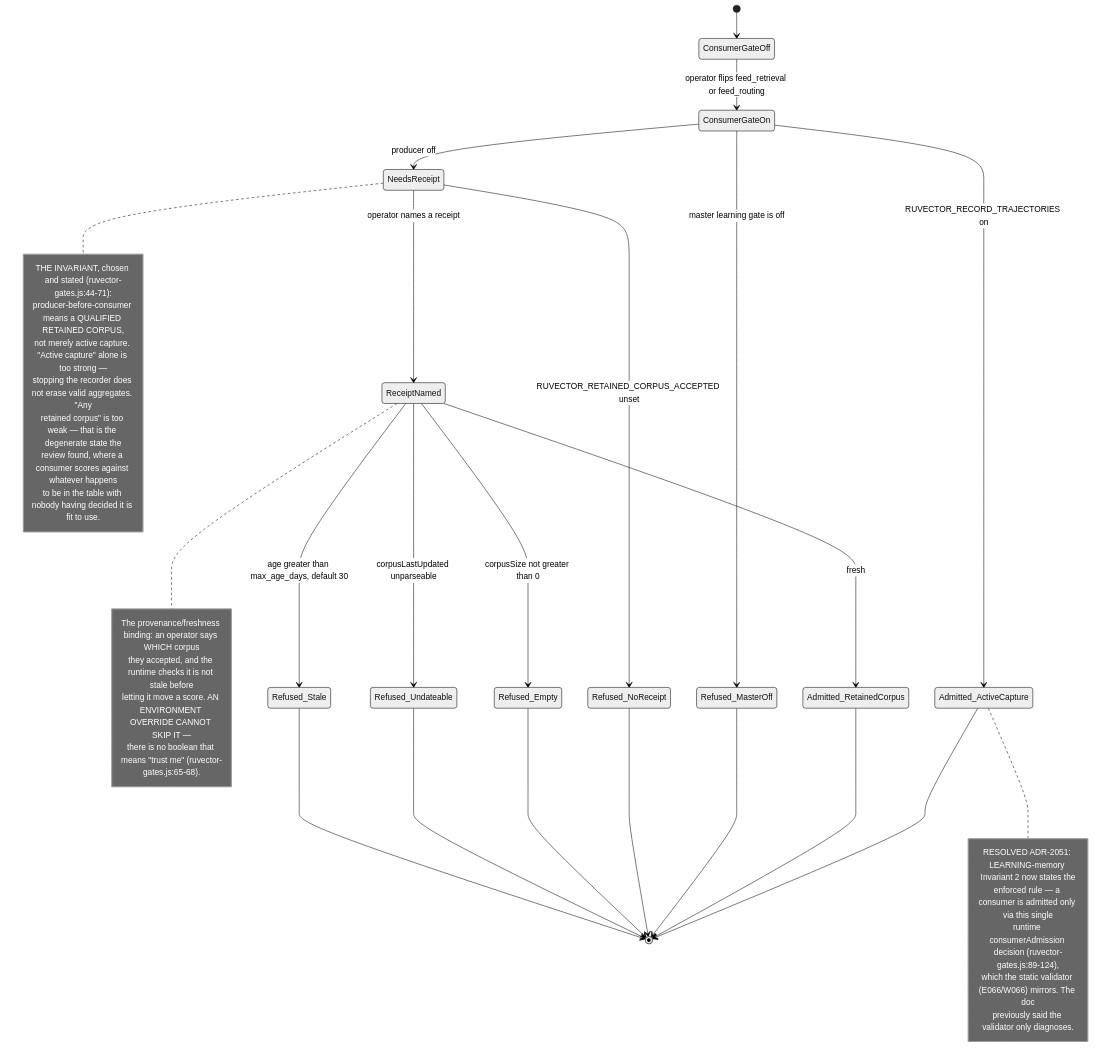
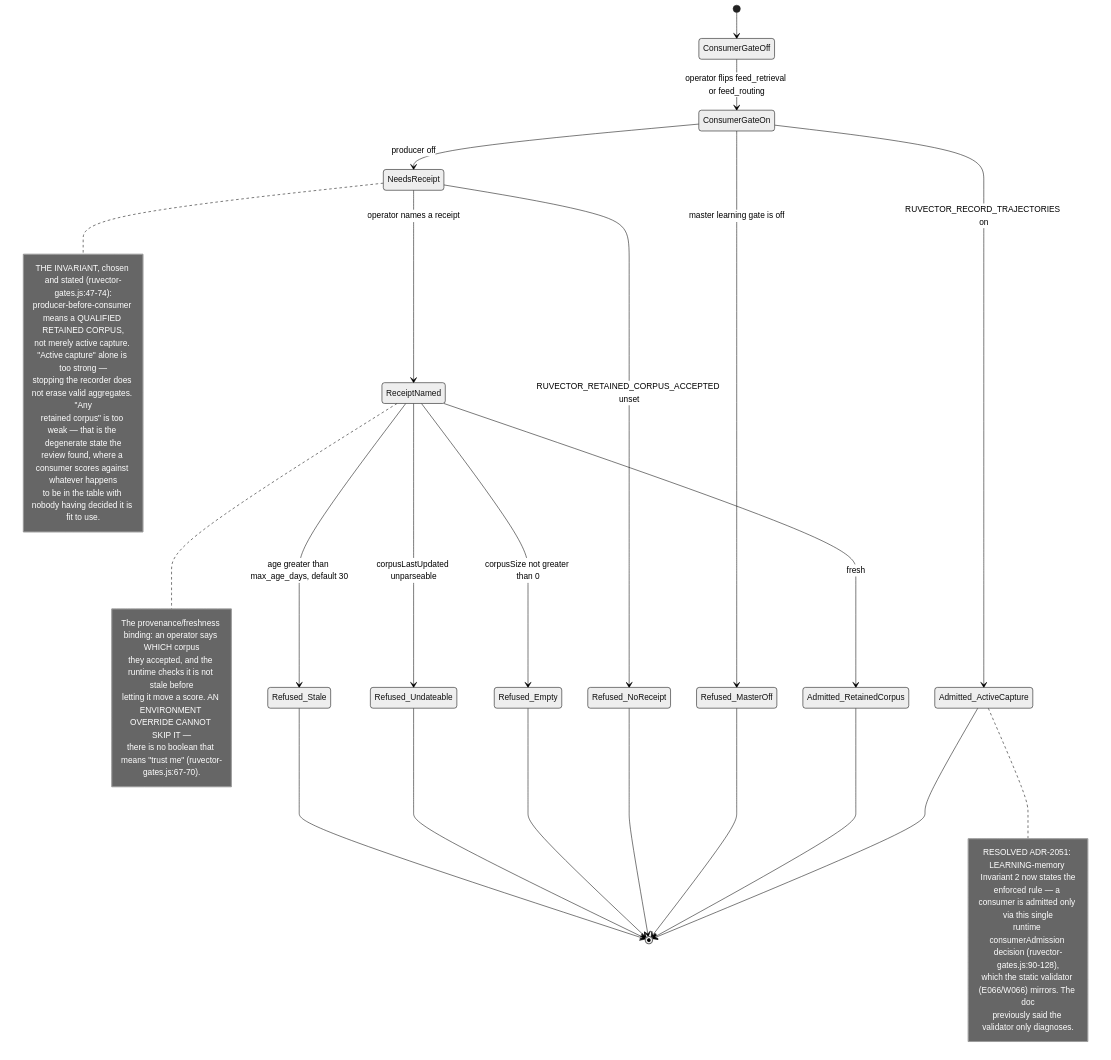
Before and after one commit to DreamLab-AI/VisionFlow: the seventh of 10 diagrams in docs/diagrams/agentbox/21-learning-loop.md, drawn with Mermaid (neutral theme). The commit also changed other lines of this file and 28 other files, not shown here.

````diff
--- a/docs/diagrams/agentbox/21-learning-loop.md
+++ b/docs/diagrams/agentbox/21-learning-loop.md
@@ -297,43 +297,43 @@
 ```mermaid
 stateDiagram-v2
     [*] --> ConsumerGateOff
     ConsumerGateOff --> ConsumerGateOn : operator flips feed_retrieval or feed_routing
     ConsumerGateOn --> Refused_MasterOff : master learning gate is off
     ConsumerGateOn --> Admitted_ActiveCapture : RUVECTOR_RECORD_TRAJECTORIES on
     ConsumerGateOn --> NeedsReceipt : producer off
     NeedsReceipt --> Refused_NoReceipt : RUVECTOR_RETAINED_CORPUS_ACCEPTED unset
     NeedsReceipt --> ReceiptNamed : operator names a receipt
     ReceiptNamed --> Refused_Empty : corpusSize not greater than 0
     ReceiptNamed --> Refused_Undateable : corpusLastUpdated unparseable
     ReceiptNamed --> Refused_Stale : age greater than max_age_days, default 30
     ReceiptNamed --> Admitted_RetainedCorpus : fresh
     Admitted_ActiveCapture --> [*]
     Admitted_RetainedCorpus --> [*]
     Refused_MasterOff --> [*]
     Refused_NoReceipt --> [*]
     Refused_Empty --> [*]
     Refused_Undateable --> [*]
     Refused_Stale --> [*]
     note right of NeedsReceipt
-        THE INVARIANT, chosen and stated (ruvector-gates.js:44-71):
+        THE INVARIANT, chosen and stated (ruvector-gates.js:47-74):
         producer-before-consumer means a QUALIFIED RETAINED CORPUS,
         not merely active capture. "Active capture" alone is too strong —
         stopping the recorder does not erase valid aggregates. "Any
         retained corpus" is too weak — that is the degenerate state the
         review found, where a consumer scores against whatever happens
         to be in the table with nobody having decided it is fit to use.
     end note
     note right of ReceiptNamed
         The provenance/freshness binding: an operator says WHICH corpus
         they accepted, and the runtime checks it is not stale before
         letting it move a score. AN ENVIRONMENT OVERRIDE CANNOT SKIP IT —
-        there is no boolean that means "trust me" (ruvector-gates.js:65-68).
+        there is no boolean that means "trust me" (ruvector-gates.js:67-70).
     end note
     note right of Admitted_ActiveCapture
         RESOLVED ADR-2051: LEARNING-memory Invariant 2 now states the
         enforced rule — a consumer is admitted only via this single
-        runtime consumerAdmission decision (ruvector-gates.js:89-124),
+        runtime consumerAdmission decision (ruvector-gates.js:90-128),
         which the static validator (E066/W066) mirrors. The doc
         previously said the validator only diagnoses.
     end note
 ```
````
